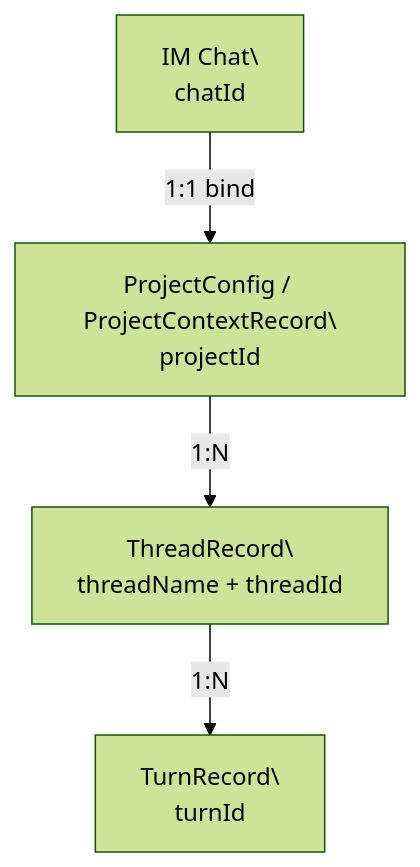
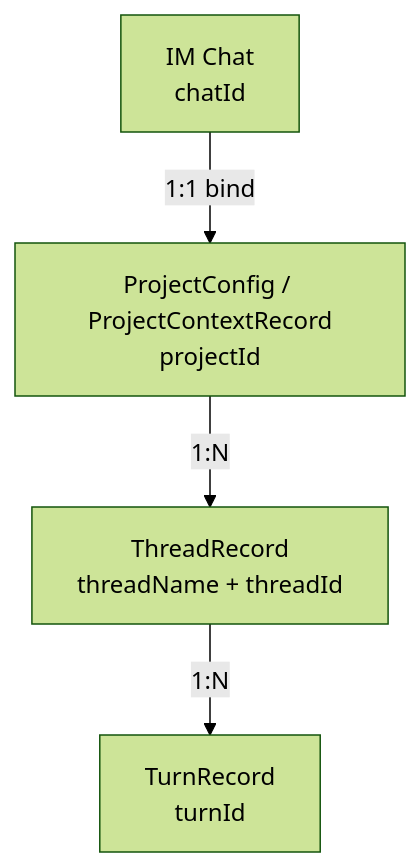
The first of 2 diagrams in docs/01-architecture/core-entities.md (vzxxbacq/CollabVibe), drawn with Mermaid (forest theme) before and after one commit. The commit also changed other lines of this file and 975 other files, not shown here.

````diff
--- a/docs/01-architecture/core-entities.md
+++ b/docs/01-architecture/core-entities.md
@@ -24,6 +24,6 @@
 ```mermaid
 flowchart TD
-  Chat[IM Chat\\nchatId] -->|1:1 bind| Project[ProjectConfig / ProjectContextRecord\\nprojectId]
-  Project -->|1:N| Thread[ThreadRecord\\nthreadName + threadId]
-  Thread -->|1:N| Turn[TurnRecord\\nturnId]
+  Chat[IM Chat\nchatId] -->|1:1 bind| Project[ProjectConfig / ProjectContextRecord\nprojectId]
+  Project -->|1:N| Thread[ThreadRecord\nthreadName + threadId]
+  Thread -->|1:N| Turn[TurnRecord\nturnId]
 ```
````
